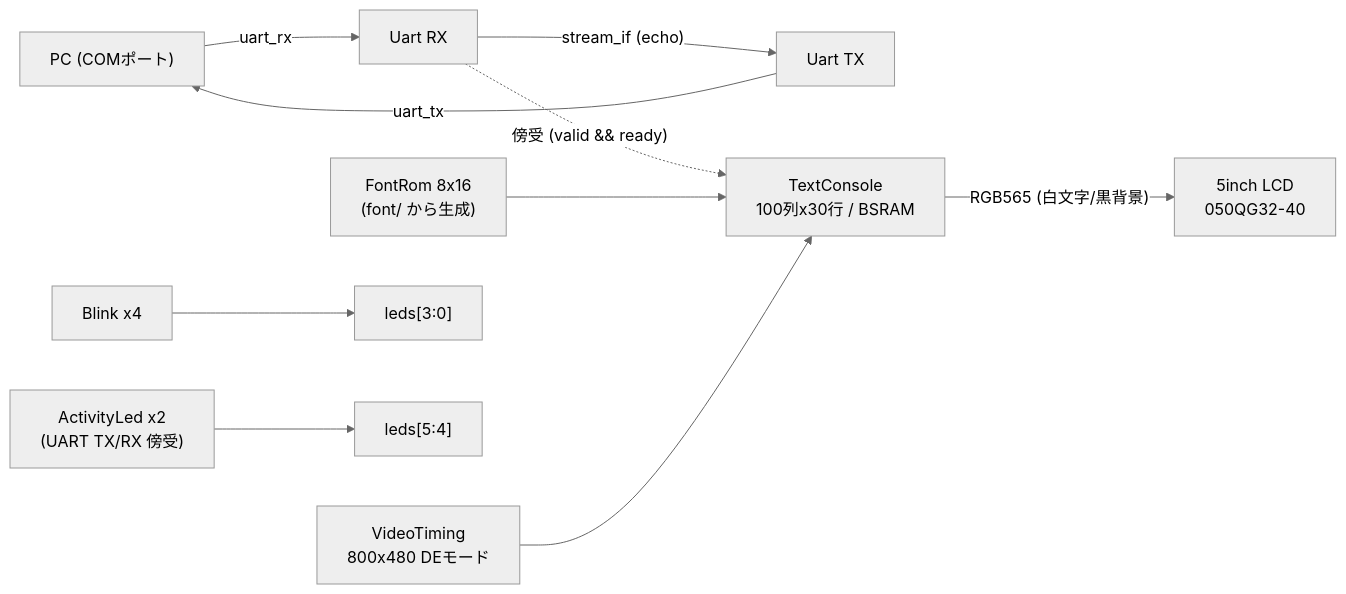
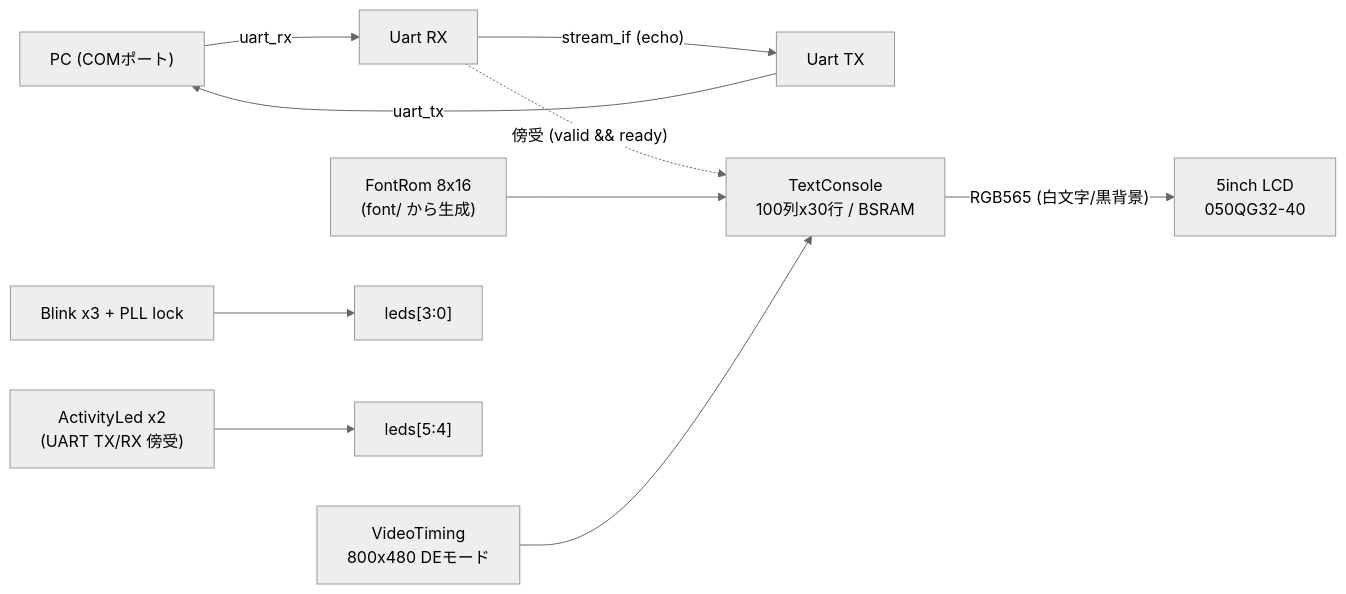
Before and after one commit to sabas0ba/hello_veryl: the diagram in docs/rtl.md, drawn with Mermaid (neutral theme). The commit also changed other lines of this file and 4 other files, not shown here.

````diff
--- a/docs/rtl.md
+++ b/docs/rtl.md
@@ -17,12 +17,12 @@
 ```mermaid
 flowchart LR
     PC["PC (COMポート)"] -- uart_rx --> RX["Uart RX"]
     RX -- "stream_if (echo)" --> TX["Uart TX"]
     TX -- uart_tx --> PC
     RX -. "傍受 (valid && ready)" .-> CON["TextConsole<br>100列x30行 / BSRAM"]
     FONT["FontRom 8x16<br>(font/ から生成)"] --> CON
     VT["VideoTiming<br>800x480 DEモード"] --> CON
     CON -- "RGB565 (白文字/黒背景)" --> LCD["5inch LCD<br>050QG32-40"]
-    BL["Blink x4"] --> LEDS["leds[3:0]"]
+    BL["Blink x3 + PLL lock"] --> LEDS["leds[3:0]"]
     ACT["ActivityLed x2<br>(UART TX/RX 傍受)"] --> LEDS2["leds[5:4]"]
 ```
````
